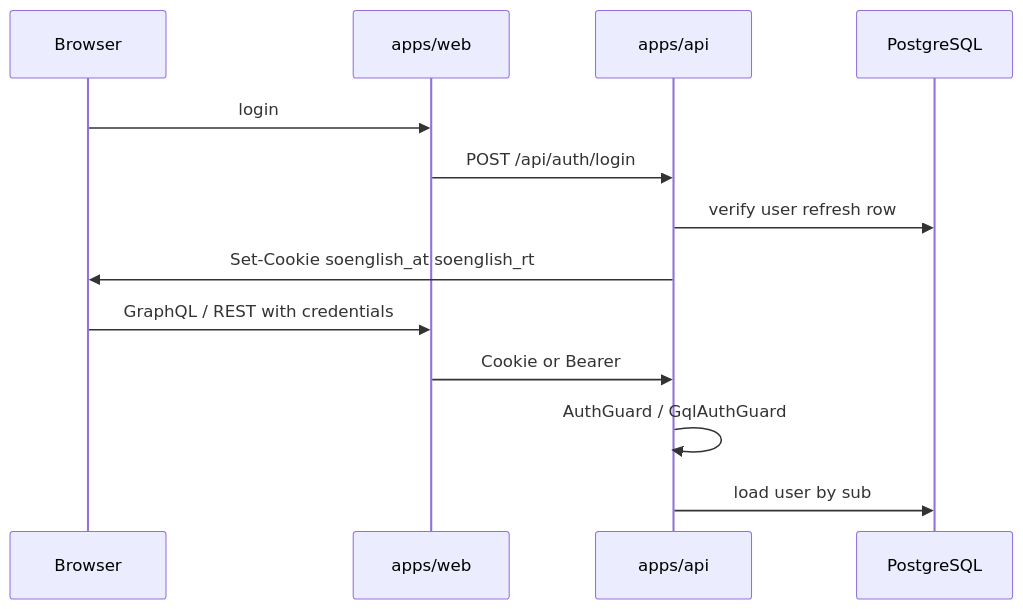
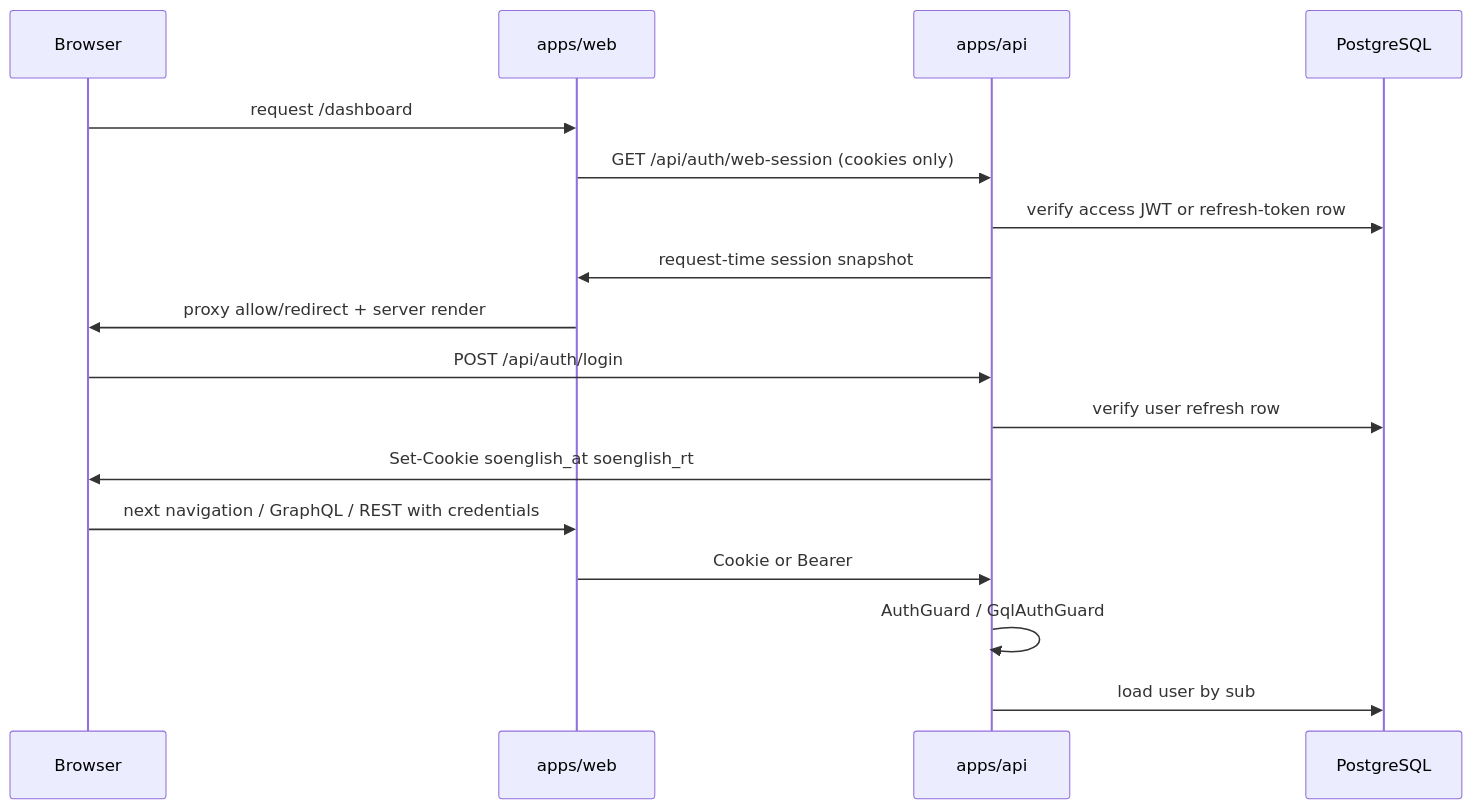
One commit to Mikirurk1/arvilio changed the diagram in docs/llm-wiki/wiki/concepts/auth-rbac.md. Above: the diagram before and after it, drawn with Mermaid. The commit also changed other lines of this file and 203 other files, not shown here.

````diff
--- a/docs/llm-wiki/wiki/concepts/auth-rbac.md
+++ b/docs/llm-wiki/wiki/concepts/auth-rbac.md
@@ -12,16 +12,20 @@
 ```mermaid
 sequenceDiagram
   participant Browser
   participant Web as apps/web
   participant API as apps/api
   participant DB as PostgreSQL
 
-  Browser->>Web: login
-  Web->>API: POST /api/auth/login
+  Browser->>Web: request /dashboard
+  Web->>API: GET /api/auth/web-session (cookies only)
+  API->>DB: verify access JWT or refresh-token row
+  API->>Web: request-time session snapshot
+  Web->>Browser: proxy allow/redirect + server render
+  Browser->>API: POST /api/auth/login
   API->>DB: verify user refresh row
   API->>Browser: Set-Cookie soenglish_at soenglish_rt
-  Browser->>Web: GraphQL / REST with credentials
+  Browser->>Web: next navigation / GraphQL / REST with credentials
   Web->>API: Cookie or Bearer
   API->>API: AuthGuard / GqlAuthGuard
   API->>DB: load user by sub
 ```
````
